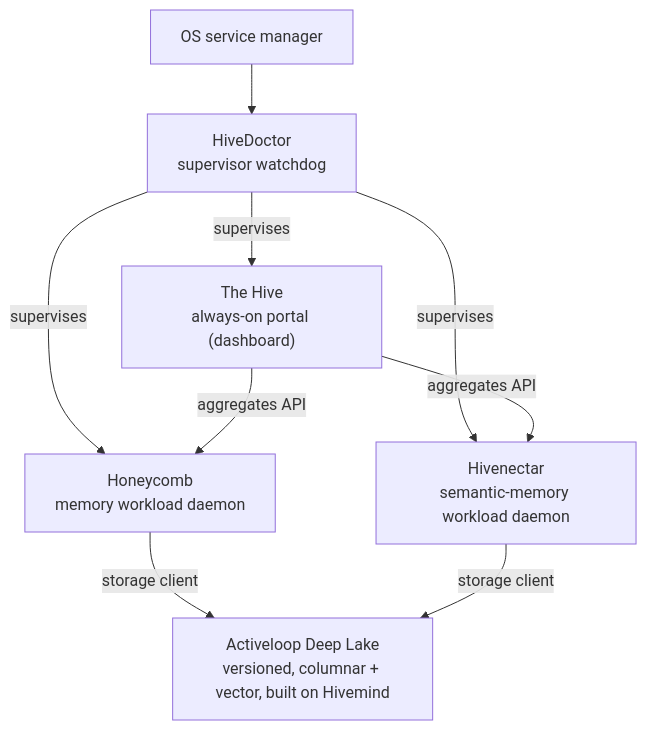
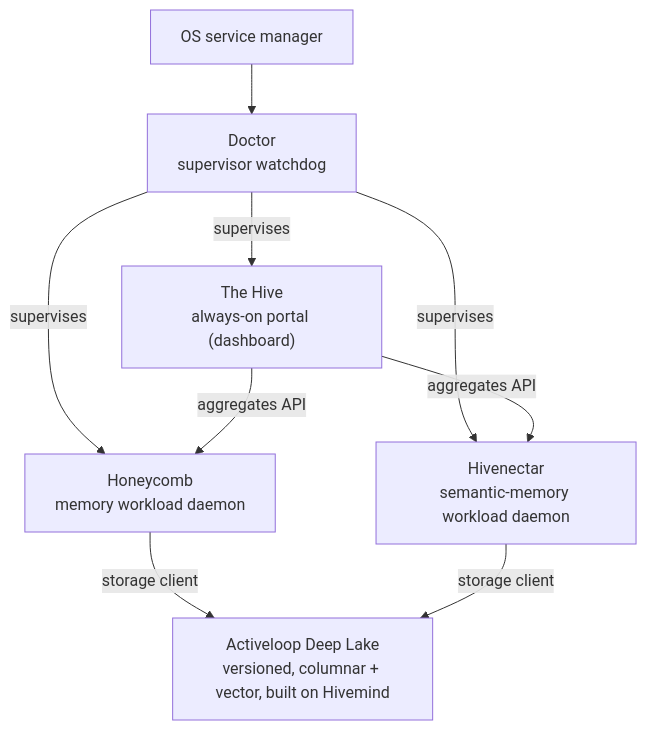
Before and after one commit to legioncodeinc/the-apiary: the diagram in README.md, drawn with Mermaid. The commit also changed other lines of this file and 92 other files, not shown here.

````diff
--- a/README.md
+++ b/README.md
@@ -54,11 +54,11 @@
 ```mermaid
 flowchart TD
-    os["OS service manager"] --> doctor["HiveDoctor<br/>supervisor watchdog"]
+    os["OS service manager"] --> doctor["Doctor<br/>supervisor watchdog"]
     doctor -->|supervises| hive["The Hive<br/>always-on portal (dashboard)"]
     doctor -->|supervises| comb["Honeycomb<br/>memory workload daemon"]
     doctor -->|supervises| nectar["Hivenectar<br/>semantic-memory workload daemon"]
     hive -->|aggregates API| comb
     hive -->|aggregates API| nectar
     comb -->|storage client| deeplake["Activeloop Deep Lake<br/>versioned, columnar + vector, built on Hivemind"]
     nectar -->|storage client| deeplake
 ```
````
